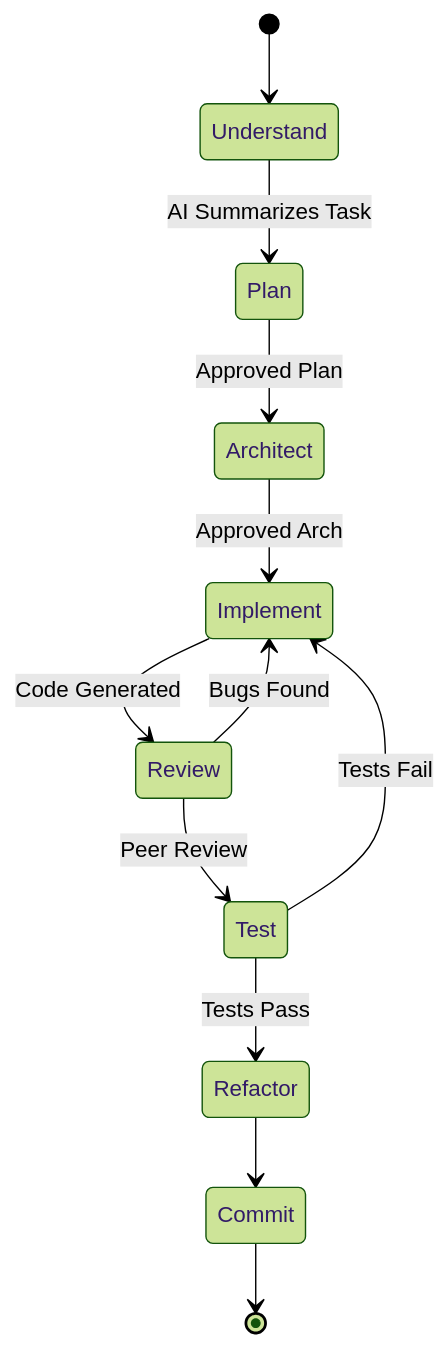
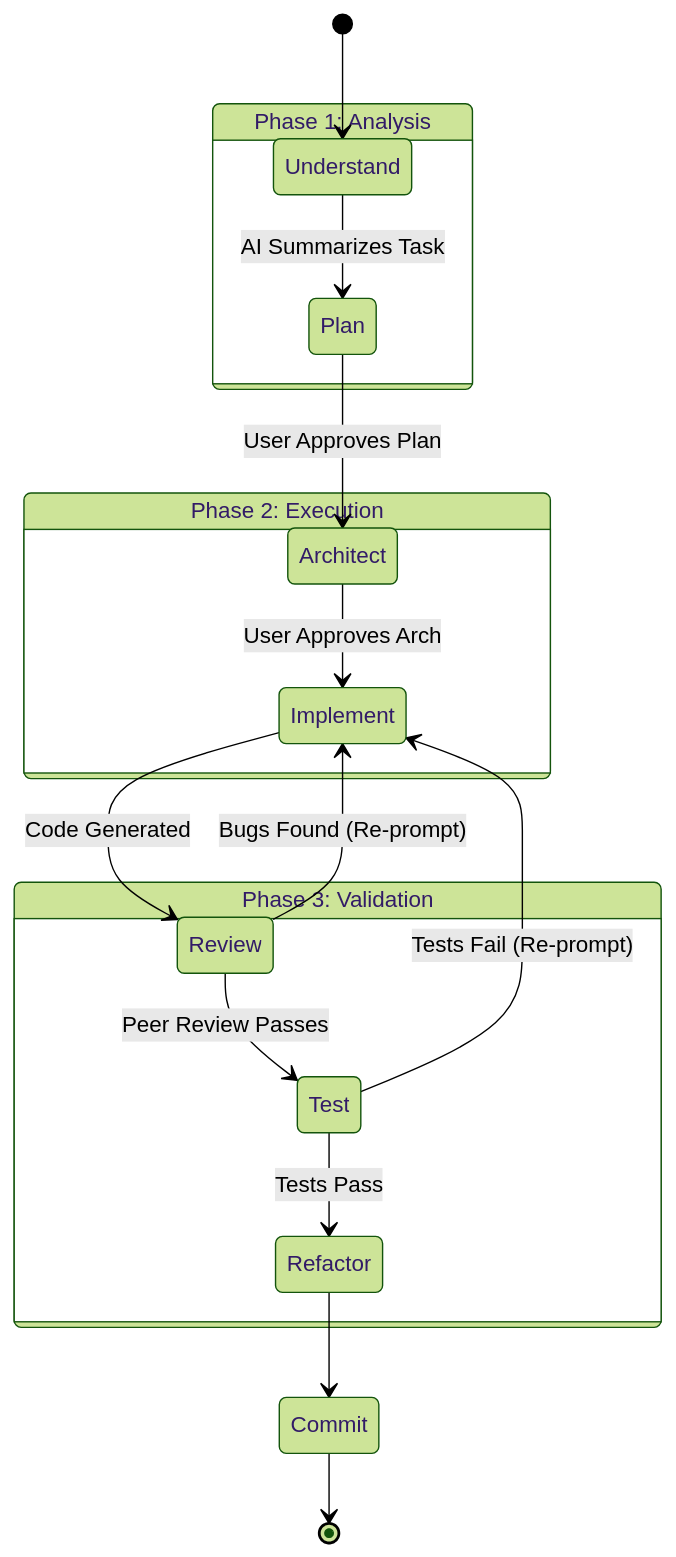
Before and after one commit to dhanesh-vaishnav96/AIBuilder.md: the diagram in Part 8 - AI Development Workflow.md, drawn with Mermaid (forest theme). The commit also changed other lines of this file and 11 other files, not shown here.

````diff
--- a/Part 8 - AI Development Workflow.md
+++ b/Part 8 - AI Development Workflow.md
@@ -9,15 +11,25 @@
 ```mermaid
 stateDiagram-v2
     [*] --> Understand
-    Understand --> Plan : AI Summarizes Task
-    Plan --> Architect : Approved Plan
-    Architect --> Implement : Approved Arch
-    Implement --> Review : Code Generated
-    Review --> Test : Peer Review
-    Test --> Refactor : Tests Pass
+    
+    state "Phase 1: Analysis" as P1 {
+        Understand --> Plan : AI Summarizes Task
+        Plan --> Architect : User Approves Plan
+    }
+    
+    state "Phase 2: Execution" as P2 {
+        Architect --> Implement : User Approves Arch
+        Implement --> Review : Code Generated
+    }
+    
+    state "Phase 3: Validation" as P3 {
+        Review --> Test : Peer Review Passes
+        Test --> Refactor : Tests Pass
+    }
+    
     Refactor --> Commit
     Commit --> [*]
     
-    Review --> Implement : Bugs Found
-    Test --> Implement : Tests Fail
+    Review --> Implement : Bugs Found (Re-prompt)
+    Test --> Implement : Tests Fail (Re-prompt)
 ```
````
